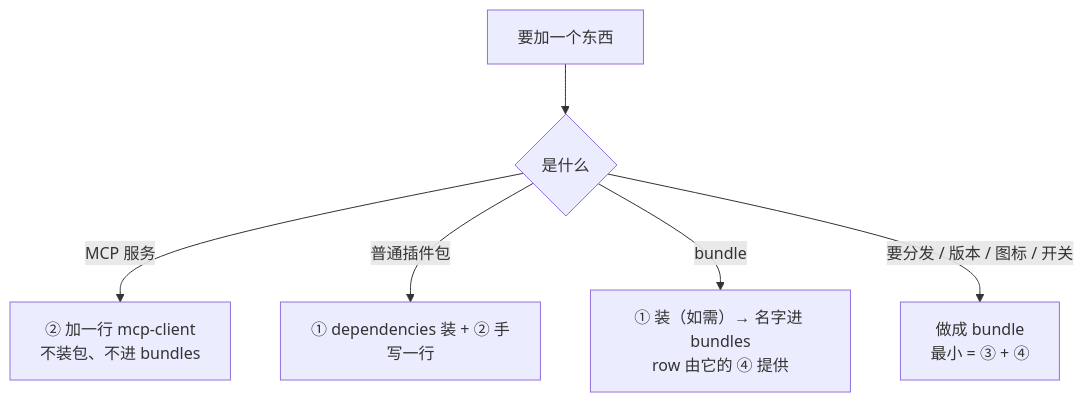
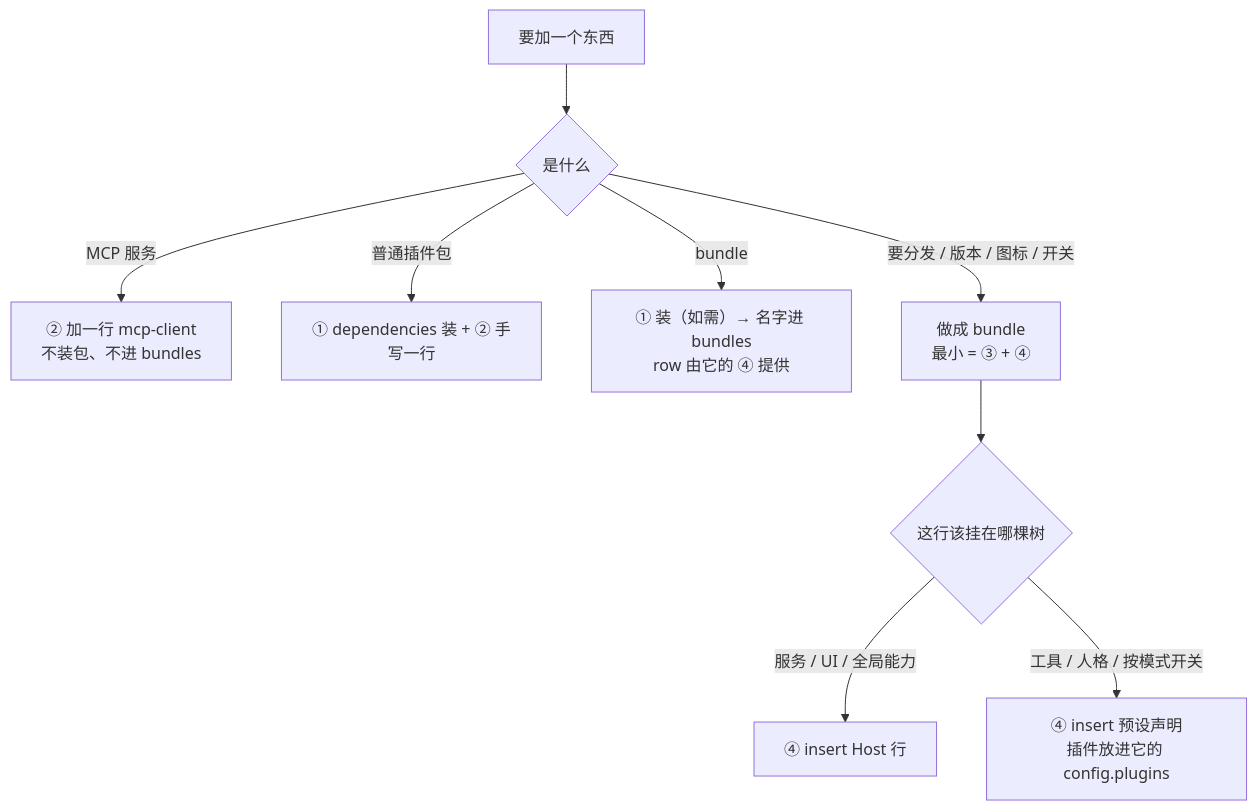
Before and after one commit to sogeisetsu/opencode-agent-sandbox: the third of 3 diagrams in knowledge/deepseek-harness/插件体系与安装.md, drawn with Mermaid. The commit also changed other lines of this file and 1 other file, not shown here.

````diff
--- a/knowledge/deepseek-harness/插件体系与安装.md
+++ b/knowledge/deepseek-harness/插件体系与安装.md
@@ -355,8 +471,11 @@
 ```mermaid
 flowchart TD
   A["要加一个东西"] --> B{"是什么"}
   B -->|"MCP 服务"| C["② 加一行 mcp-client<br/>不装包、不进 bundles"]
   B -->|"普通插件包"| D["① dependencies 装 + ② 手写一行"]
   B -->|"bundle"| E["① 装（如需）→ 名字进 bundles<br/>row 由它的 ④ 提供"]
   B -->|"要分发 / 版本 / 图标 / 开关"| F["做成 bundle<br/>最小 = ③ + ④"]
+  F --> G{"这行该挂在哪棵树"}
+  G -->|"服务 / UI / 全局能力"| H["④ insert Host 行"]
+  G -->|"工具 / 人格 / 按模式开关"| I["④ insert 预设声明<br/>插件放进它的 config.plugins"]
 ```
````
